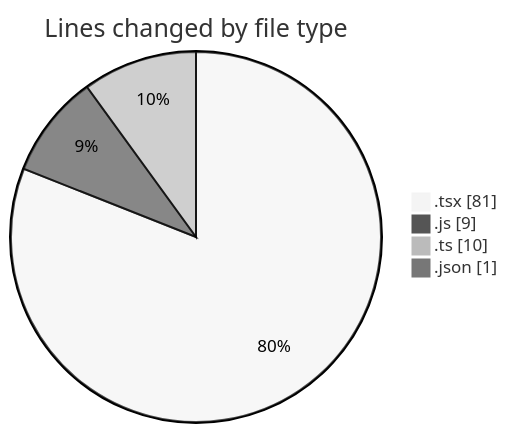
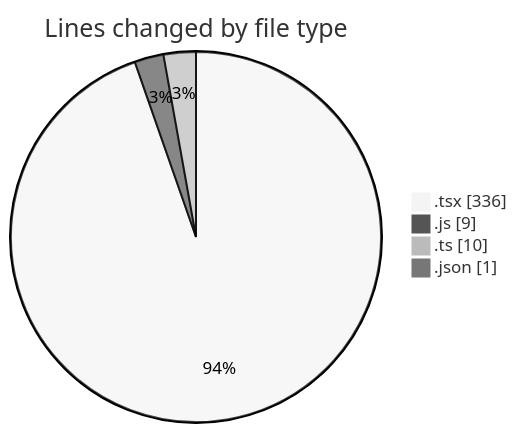
The first of 2 diagrams in 2025-04-11/product-page/README.md (Elitesun/code-tracking), drawn with Mermaid (neutral theme) before and after one commit. The commit also changed other lines of this file and 1 other file, not shown here.

````diff
--- a/2025-04-11/product-page/README.md
+++ b/2025-04-11/product-page/README.md
@@ -24,8 +27,8 @@
 ```mermaid
 pie showData
 title Lines changed by file type
-".tsx" : 81
+".tsx" : 336
 ".js" : 9
 ".ts" : 10
 ".json" : 1
 ```
````
